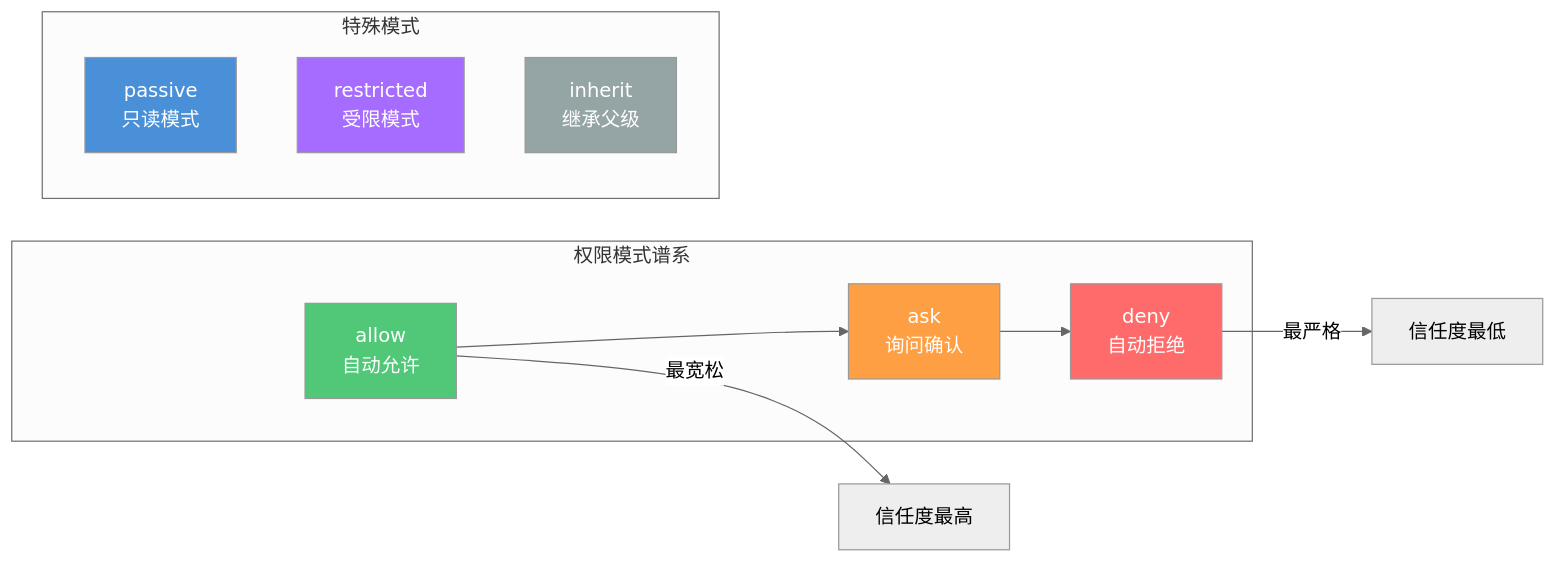
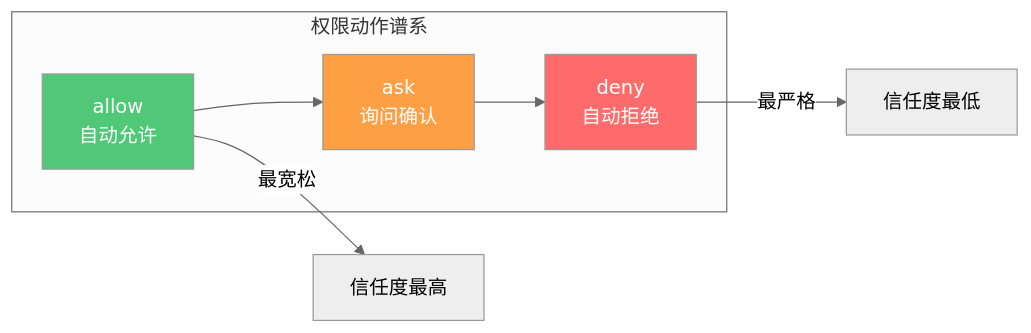
The fourth of 18 diagrams in src/02-core-concepts/constraints-system.md (tonydeng/harness-engineering-from-oc-to-ai-coding), drawn with Mermaid (neutral theme) before and after one commit. The commit also changed other lines of this file and 331 other files, not shown here.

````diff
--- a/src/02-core-concepts/constraints-system.md
+++ b/src/02-core-concepts/constraints-system.md
@@ -186,23 +188,14 @@
 ```mermaid
 graph LR
-    subgraph 权限模式谱系
+    subgraph 权限动作谱系
         A[allow<br/>自动允许] --> B[ask<br/>询问确认]
         B --> C[deny<br/>自动拒绝]
     end
 
-    subgraph 特殊模式
-        D[passive<br/>只读模式]
-        E[restricted<br/>受限模式]
-        F[inherit<br/>继承父级]
-    end
-
-    A --> |最宽松| G[信任度最高]
-    C --> |最严格| H[信任度最低]
+    A --> |最宽松| D[信任度最高]
+    C --> |最严格| E[信任度最低]
 
     style A fill:#50C878,color:#fff
     style B fill:#FF9F43,color:#fff
     style C fill:#ff6b6b,color:#fff
-    style D fill:#4A90D9,color:#fff
-    style E fill:#A66CFF,color:#fff
-    style F fill:#95a5a6,color:#fff
 ```
````
